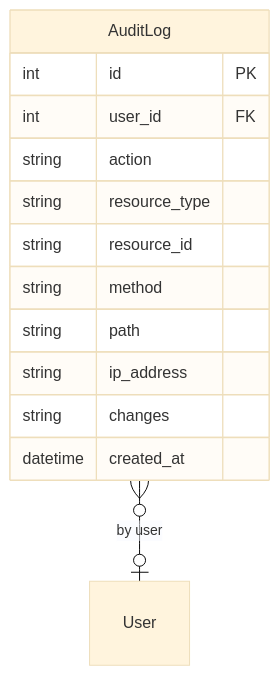
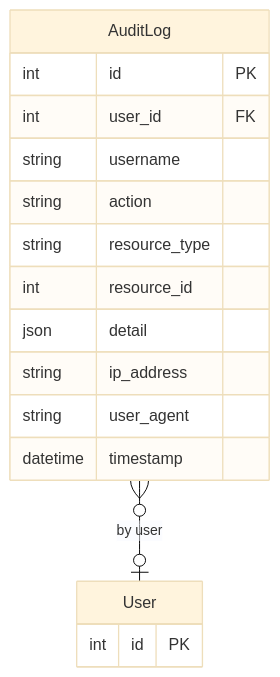
One commit to saturnis-io/cassini changed the second of 2 diagrams in .knowledge/features/admin.md. Above: the diagram before and after it, drawn with Mermaid (base theme). The commit also changed other lines of this file and 15 other files, not shown here.

Commit message:
knowledge-graph: regenerate

````diff
--- a/.knowledge/features/admin.md
+++ b/.knowledge/features/admin.md
@@ -28,16 +28,19 @@
 ```mermaid
 erDiagram
     AuditLog }o--o| User : "by user"
     AuditLog {
         int id PK
         int user_id FK
+        string username
         string action
         string resource_type
-        string resource_id
-        string method
-        string path
+        int resource_id
+        json detail
         string ip_address
-        string changes
-        datetime created_at
+        string user_agent
+        datetime timestamp
+    }
+    User {
+        int id PK
     }
 ```
````
